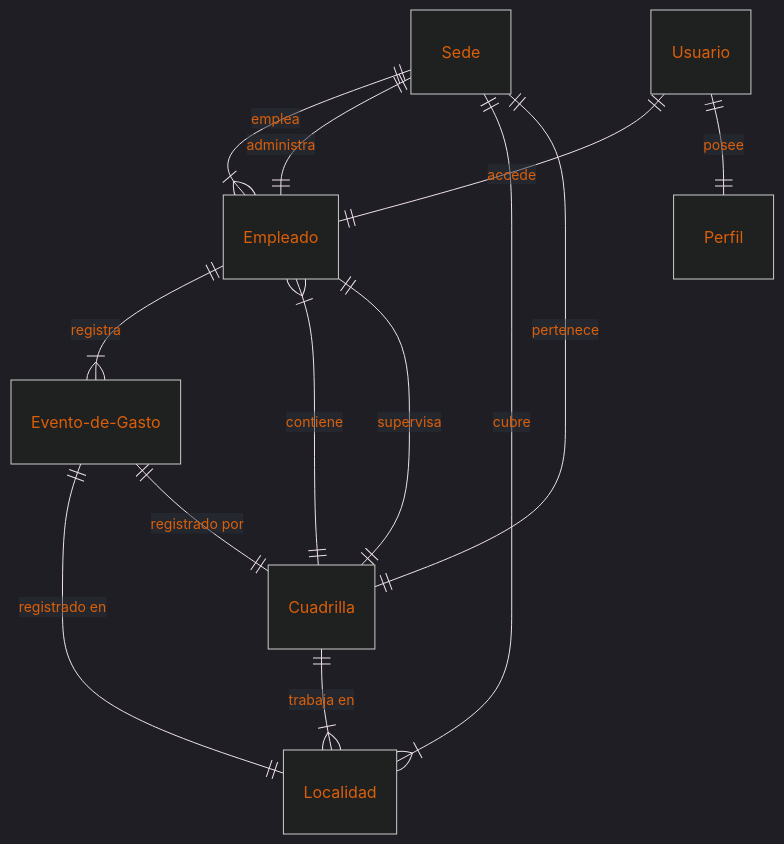
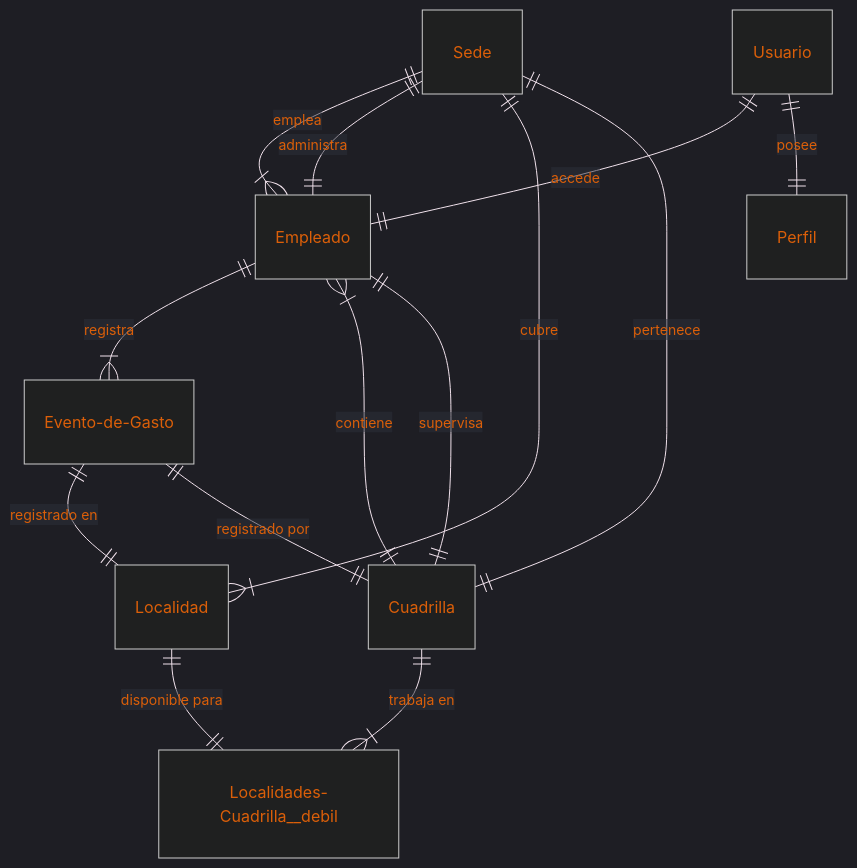
The second of 3 diagrams in README.md (sfelipehh/ProgramacionAplicada), drawn with Mermaid before and after one commit. The commit also changed other lines of this file, not shown here.

`````diff
--- a/README.md
+++ b/README.md
@@ -68,20 +68,22 @@
 ````mermaid
 %%{init: {'theme':'dark', 'themeCSS':'defs marker path {stroke:#edf1e4;}', 'themeVariables':{'primaryBorderColor':'#ffe9e9','lineColor':'#f0e1eb', 'textColor': '#db5f09','primaryColor':'#579cbc','attributeBackgroundColorOdd':'#cfc1d7','tertiaryColor':'#2d313b', 'attributeBackgroundColorEven':'#efc5d4'}}}%%
 erDiagram
     Sede ||--|{ Empleado : emplea
     Sede ||--|| Empleado : administra
     Sede ||--|{ Localidad : cubre
     
     Cuadrilla ||--|| Sede : pertenece
-    Cuadrilla ||--|{ Localidad : "trabaja en"
+    Cuadrilla ||--|{ Localidades-Cuadrilla__debil : "trabaja en"
     Cuadrilla ||--|{ Empleado : contiene
     Cuadrilla ||--|| Empleado : supervisa
     
     Empleado ||--|{ Evento-de-Gasto : registra  
     
     Evento-de-Gasto ||--|| Localidad : "registrado en"
     Evento-de-Gasto ||--|| Cuadrilla : "registrado por"
     
     Usuario ||--|| Empleado : accede
     Usuario ||--|| Perfil : posee
+    
+    Localidad ||--|| Localidades-Cuadrilla__debil : "disponible para"
 ````
`````
